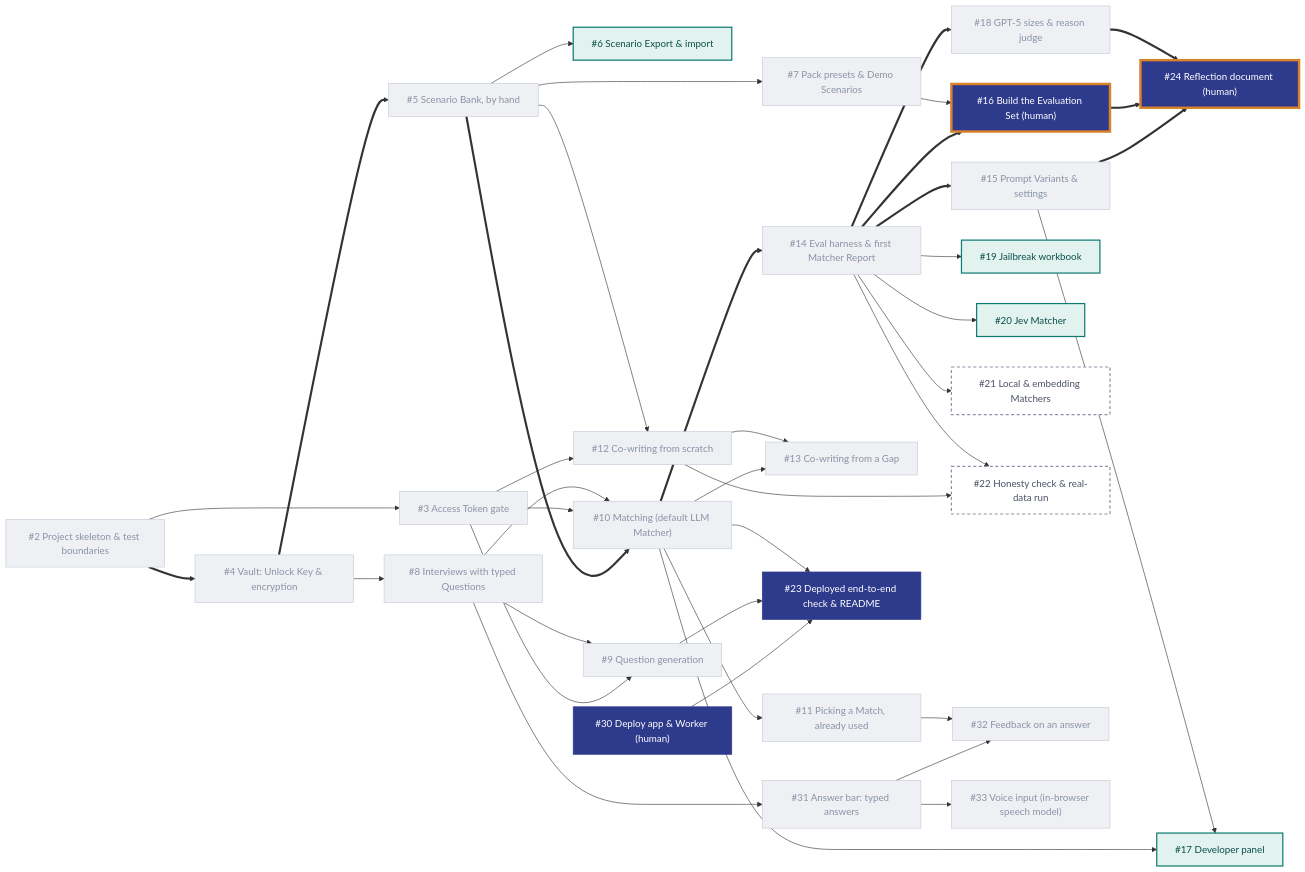
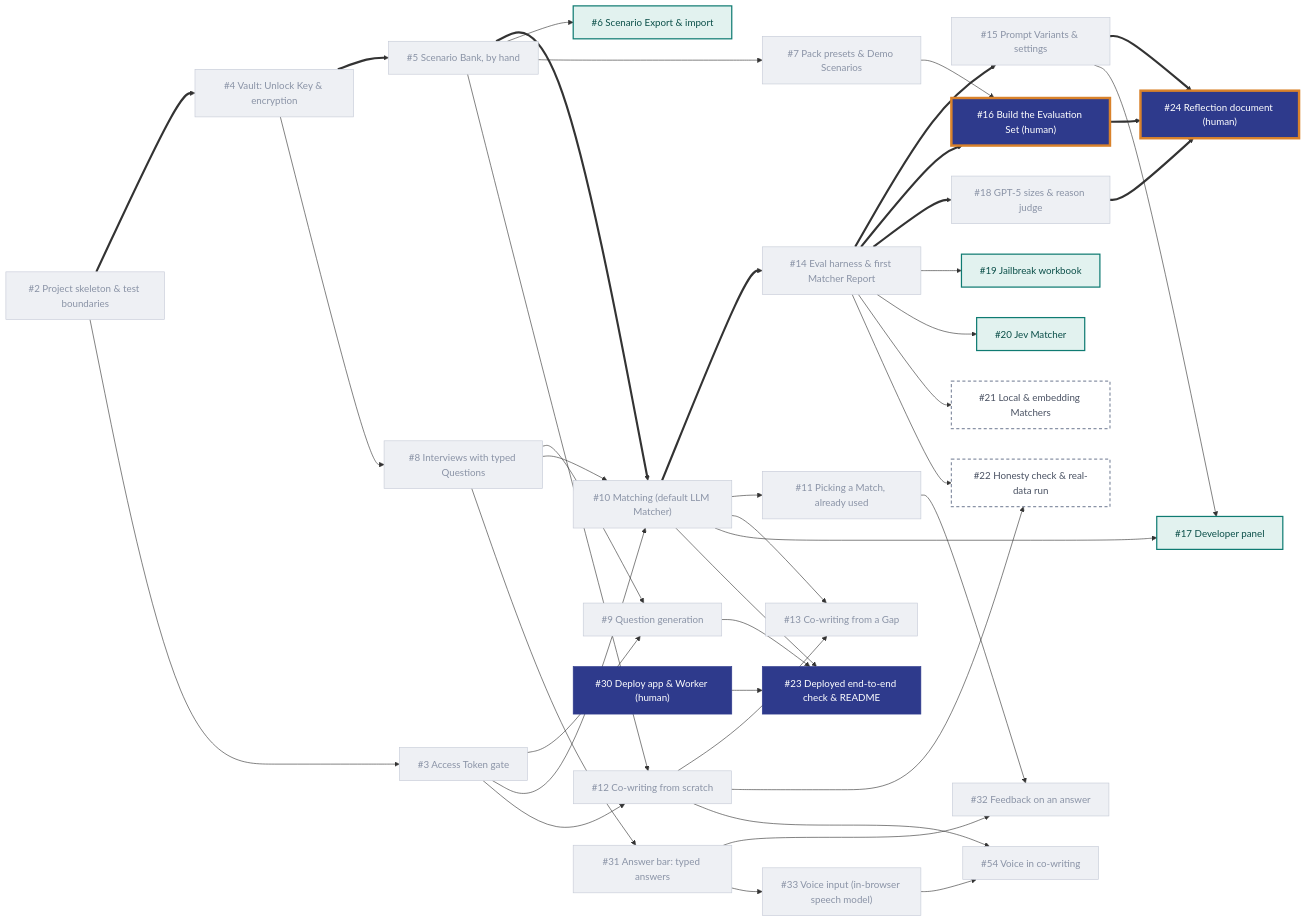
Before and after one commit to DerykHopley/interview-helper: the diagram in README.md, drawn with Mermaid.

Commit message:
Add #54 to the README chart, done

````diff
--- a/README.md
+++ b/README.md
@@ -13,63 +13,65 @@
 ```mermaid
 flowchart LR
   T2["#2 Project skeleton & test boundaries"]
   T3["#3 Access Token gate"]
   T4["#4 Vault: Unlock Key & encryption"]
   T5["#5 Scenario Bank, by hand"]
   T6["#6 Scenario Export & import"]
   T7["#7 Pack presets & Demo Scenarios"]
   T8["#8 Interviews with typed Questions"]
   T9["#9 Question generation"]
   T10["#10 Matching (default LLM Matcher)"]
   T11["#11 Picking a Match, already used"]
   T12["#12 Co-writing from scratch"]
   T13["#13 Co-writing from a Gap"]
   T14["#14 Eval harness & first Matcher Report"]
   T15["#15 Prompt Variants & settings"]
   T16["#16 Build the Evaluation Set (human)"]
   T17["#17 Developer panel"]
   T18["#18 GPT-5 sizes & reason judge"]
   T19["#19 Jailbreak workbook"]
   T20["#20 Jev Matcher"]
   T21["#21 Local & embedding Matchers"]
   T22["#22 Honesty check & real-data run"]
   T23["#23 Deployed end-to-end check & README"]
   T24["#24 Reflection document (human)"]
   T30["#30 Deploy app & Worker (human)"]
   T31["#31 Answer bar: typed answers"]
   T32["#32 Feedback on an answer"]
   T33["#33 Voice input (in-browser speech model)"]
+  T54["#54 Voice in co-writing"]
 
   %% critical path (thick arrows)
   T2 ==> T4 ==> T5 ==> T10 ==> T14
   T14 ==> T15 ==> T24
   T14 ==> T16 ==> T24
   T14 ==> T18 ==> T24
 
   %% other dependencies
   T2 --> T3
   T3 --> T9 & T10 & T12
   T4 --> T8
   T5 --> T6 & T7 & T12
   T8 --> T9 & T10 & T31
   T10 --> T11 & T13 & T17
   T12 --> T13 & T22
   T7 --> T16
   T14 --> T19 & T20 & T21 & T22
   T15 --> T17
   T31 --> T32 & T33
+  T12 & T33 --> T54
   T11 --> T32
   T30 & T9 & T10 --> T23
 
   classDef done fill:#EEF0F4,color:#8A93A6,stroke:#C5CAD6,stroke-width:1px
   classDef must fill:#2E3A8C,color:#fff,stroke:#2E3A8C
   classDef mustcrit fill:#2E3A8C,color:#fff,stroke:#D9822B,stroke-width:4px
   classDef should fill:#E2F2EF,color:#0B4F49,stroke:#0F7B72,stroke-width:2px
   classDef could fill:#fff,color:#4A5263,stroke:#8A93A6,stroke-width:2px,stroke-dasharray:5 4
 
-  class T2,T3,T4,T5,T7,T8,T9,T10,T11,T12,T13,T14,T15,T18,T31,T32,T33 done
+  class T2,T3,T4,T5,T7,T8,T9,T10,T11,T12,T13,T14,T15,T18,T31,T32,T33,T54 done
   class T16,T24 mustcrit
   class T23,T30 must
   class T6,T17,T19,T20 should
   class T21,T22 could
 ```
````
